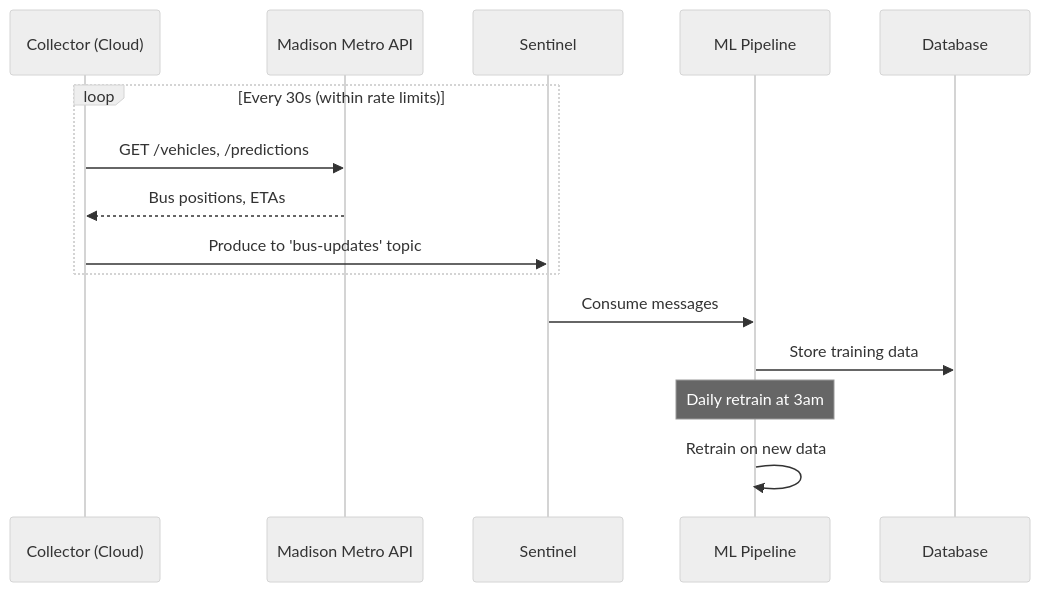
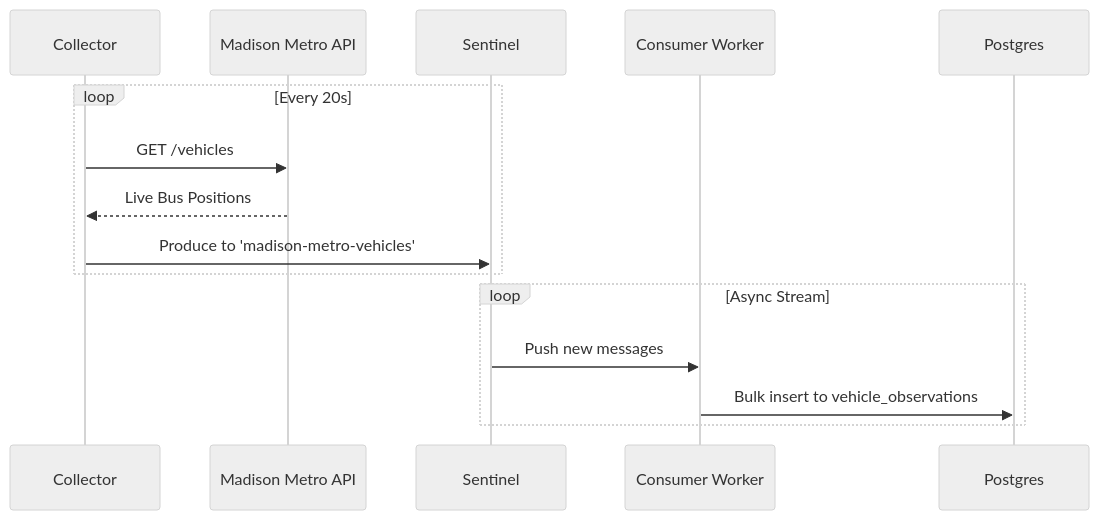
The second of 2 diagrams in README.md (matteso1/madison-bus-eta), drawn with Mermaid (neutral theme) before and after one commit. The commit also changed other lines of this file and 11 other files, not shown here.

Commit message:
feat: Mobile-first UI, PWA support, and Sentinel data pipeline integration

````diff
--- a/README.md
+++ b/README.md
@@ -64,20 +64,19 @@
 ```mermaid
 sequenceDiagram
-    participant C as Collector (Cloud)
+    participant C as Collector
     participant API as Madison Metro API
     participant S as Sentinel
-    participant ML as ML Pipeline
-    participant DB as Database
+    participant W as Consumer Worker
+    participant DB as Postgres
 
-    loop Every 30s (within rate limits)
-        C->>API: GET /vehicles, /predictions
-        API-->>C: Bus positions, ETAs
-        C->>S: Produce to 'bus-updates' topic
+    loop Every 20s
+        C->>API: GET /vehicles
+        API-->>C: Live Bus Positions
+        C->>S: Produce to 'madison-metro-vehicles'
     end
 
-    S->>ML: Consume messages
-    ML->>DB: Store training data
-    
-    Note over ML: Daily retrain at 3am
-    ML->>ML: Retrain on new data
+    loop Async Stream
+        S->>W: Push new messages
+        W->>DB: Bulk insert to vehicle_observations
+    end
 ```
````
